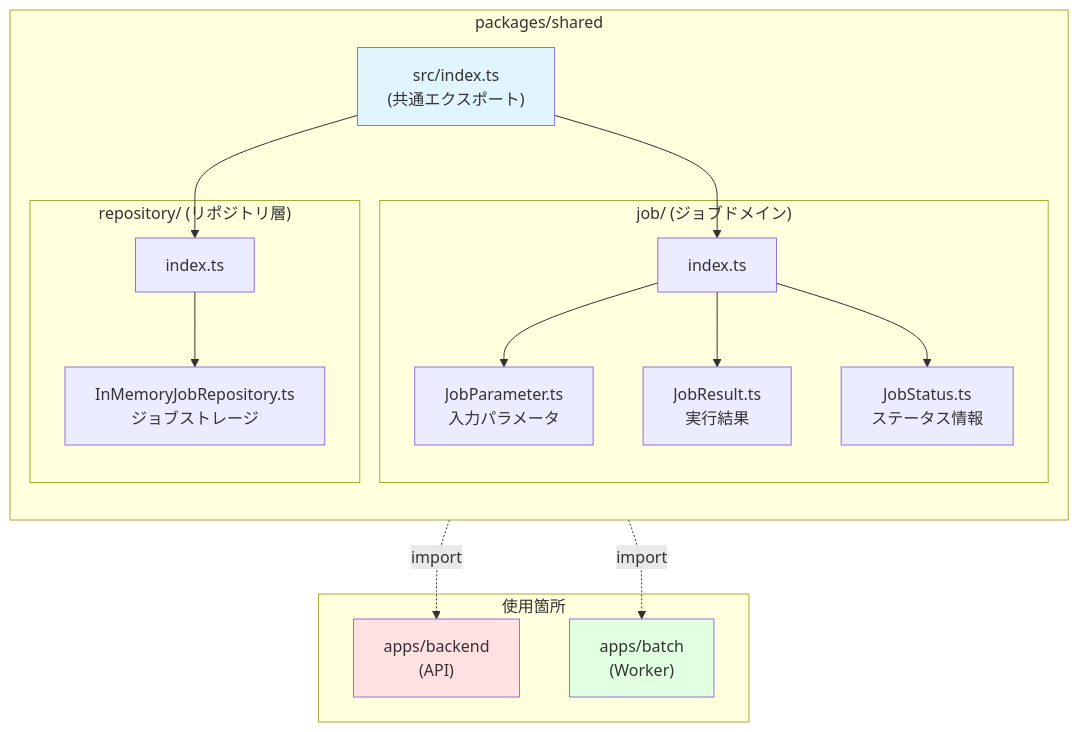
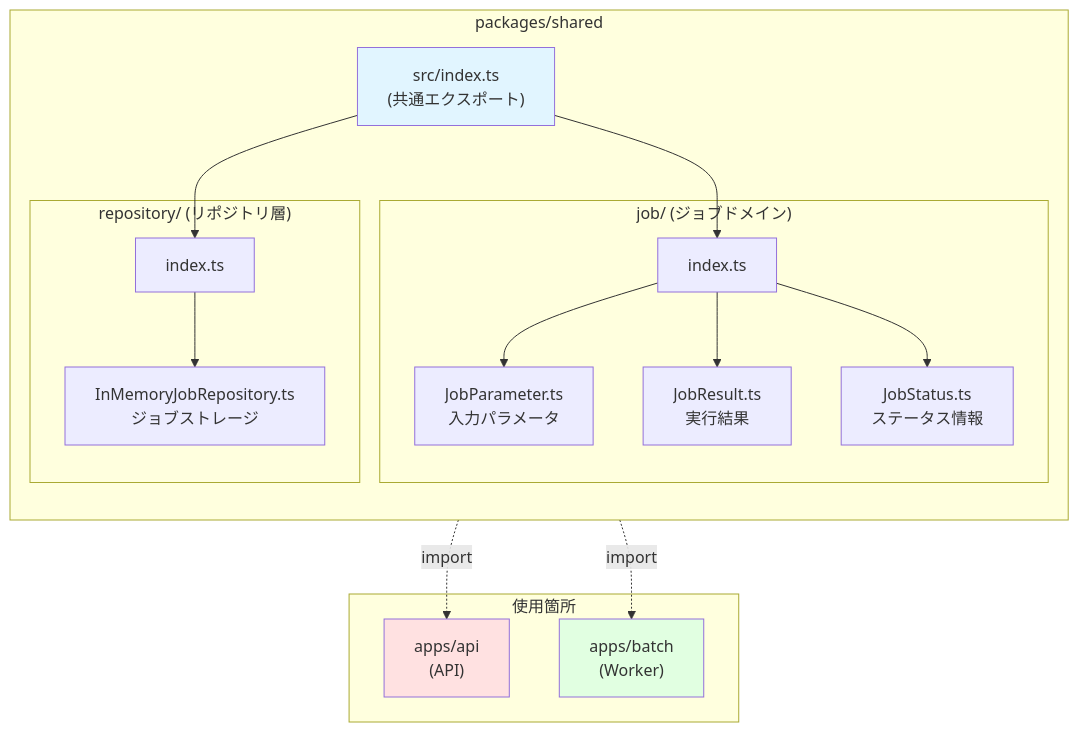
The second of 3 diagrams in README.md (hi-time/mono-repo-sample), drawn with Mermaid before and after one commit. The commit also changed other lines of this file and 25 other files, not shown here.

````diff
--- a/README.md
+++ b/README.md
@@ -263,38 +263,38 @@
 ```mermaid
 graph TB
     subgraph "packages/shared"
         direction TB
         ROOT["src/index.ts<br/>(共通エクスポート)"]
         
         subgraph "job/ (ジョブドメイン)"
             JP["JobParameter.ts<br/>入力パラメータ"]
             JR["JobResult.ts<br/>実行結果"]
             JS["JobStatus.ts<br/>ステータス情報"]
             JIDX["index.ts"]
         end
         
         subgraph "repository/ (リポジトリ層)"
             REPO["InMemoryJobRepository.ts<br/>ジョブストレージ"]
             RIDX["index.ts"]
         end
         
         ROOT --> JIDX
         ROOT --> RIDX
         JIDX --> JP
         JIDX --> JR
         JIDX --> JS
         RIDX --> REPO
     end
     
     subgraph "使用箇所"
-        BACKEND["apps/backend<br/>(API)"] 
+        BACKEND["apps/api<br/>(API)"] 
         BATCH["apps/batch<br/>(Worker)"]
     end
     
     ROOT -.->|import| BACKEND
     ROOT -.->|import| BATCH
     
     style ROOT fill:#e1f5ff
     style BACKEND fill:#ffe1e1
     style BATCH fill:#e1ffe1
 ```
````
